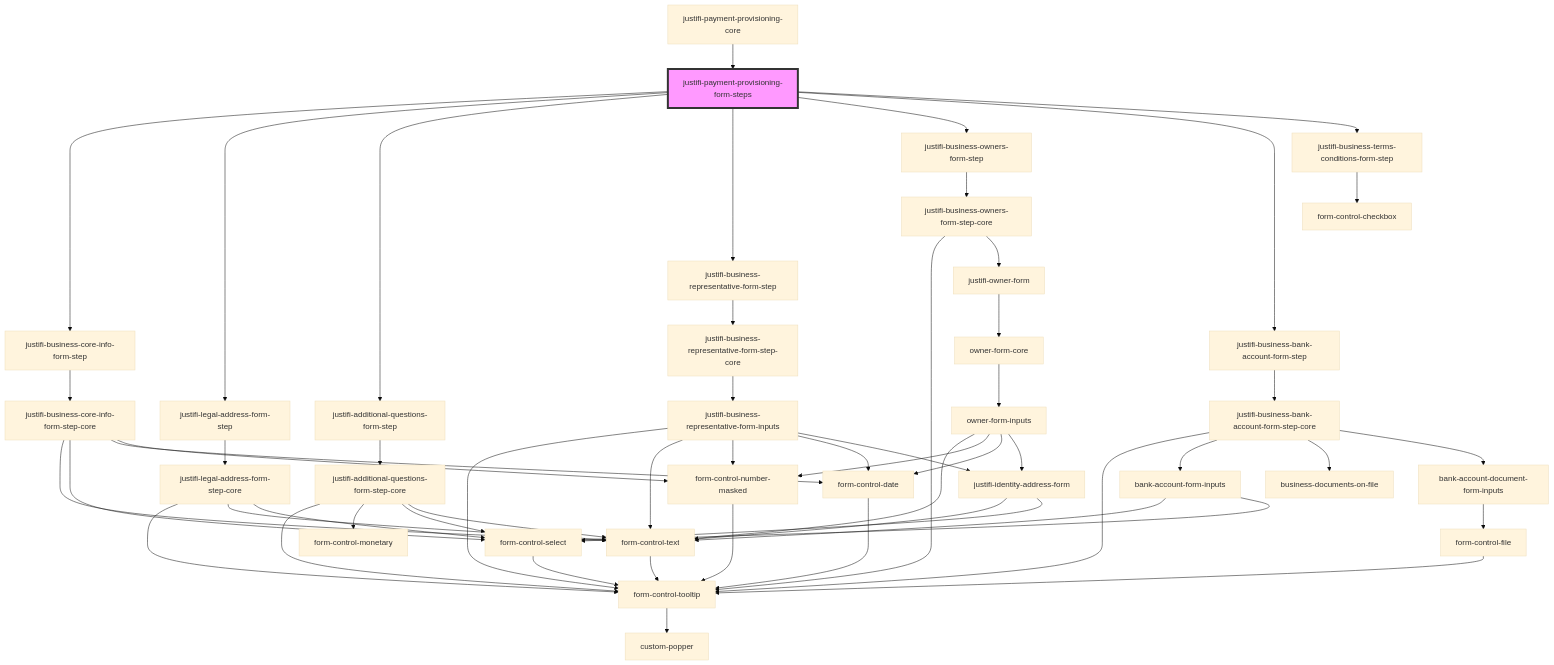
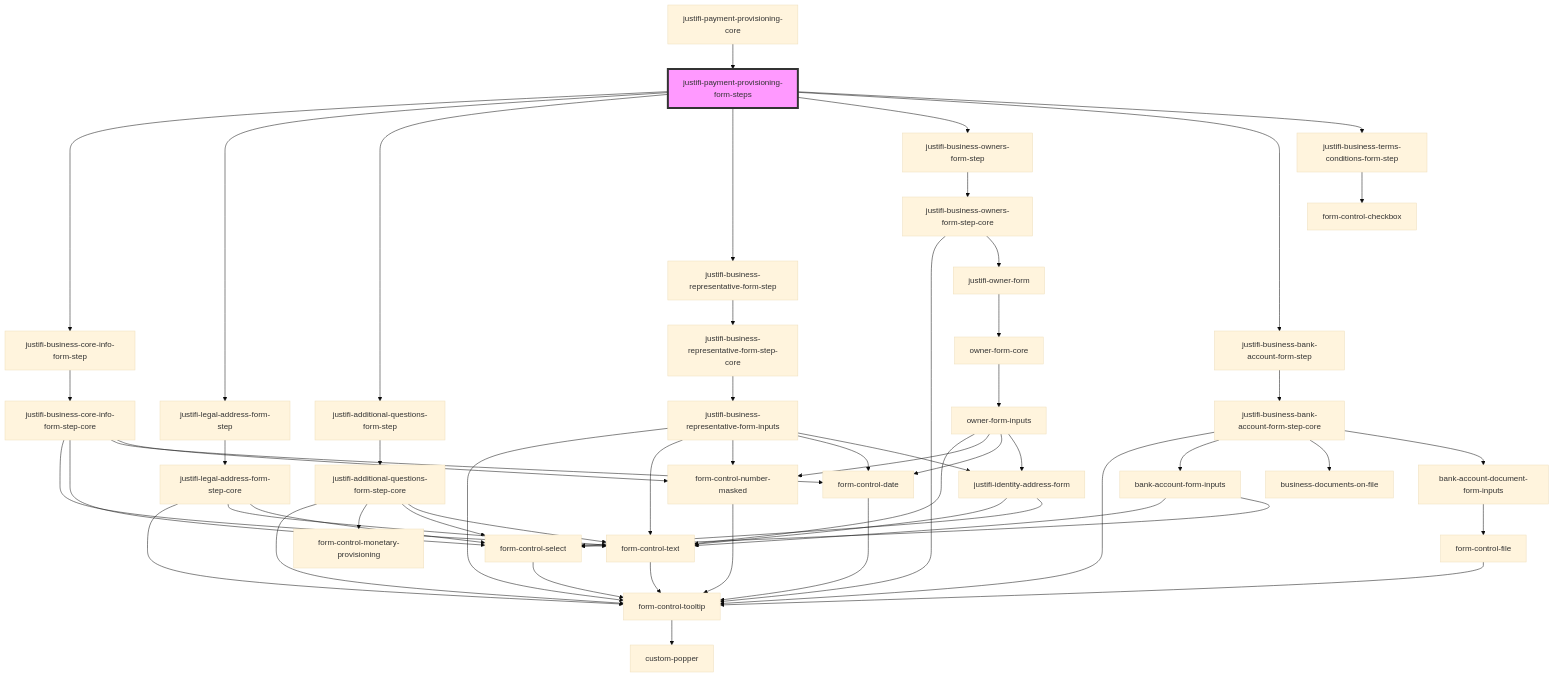
The diagram in packages/webcomponents/src/components/business-forms/payment-provisioning/readme.md (justifi-tech/web-component-library), drawn with Mermaid (base theme) before and after one commit. The commit also changed 5 other files, not shown here.

````diff
--- a/packages/webcomponents/src/components/business-forms/payment-provisioning/readme.md
+++ b/packages/webcomponents/src/components/business-forms/payment-provisioning/readme.md
@@ -35,59 +35,59 @@
 ```mermaid
 graph TD;
   justifi-payment-provisioning-form-steps --> justifi-business-core-info-form-step
   justifi-payment-provisioning-form-steps --> justifi-legal-address-form-step
   justifi-payment-provisioning-form-steps --> justifi-additional-questions-form-step
   justifi-payment-provisioning-form-steps --> justifi-business-representative-form-step
   justifi-payment-provisioning-form-steps --> justifi-business-owners-form-step
   justifi-payment-provisioning-form-steps --> justifi-business-bank-account-form-step
   justifi-payment-provisioning-form-steps --> justifi-business-terms-conditions-form-step
   justifi-business-core-info-form-step --> justifi-business-core-info-form-step-core
   justifi-business-core-info-form-step-core --> form-control-text
   justifi-business-core-info-form-step-core --> form-control-select
   justifi-business-core-info-form-step-core --> form-control-date
   justifi-business-core-info-form-step-core --> form-control-number-masked
   form-control-text --> form-control-tooltip
   form-control-tooltip --> custom-popper
   form-control-select --> form-control-tooltip
   form-control-date --> form-control-tooltip
   form-control-number-masked --> form-control-tooltip
   justifi-legal-address-form-step --> justifi-legal-address-form-step-core
   justifi-legal-address-form-step-core --> form-control-tooltip
   justifi-legal-address-form-step-core --> form-control-text
   justifi-legal-address-form-step-core --> form-control-select
   justifi-additional-questions-form-step --> justifi-additional-questions-form-step-core
   justifi-additional-questions-form-step-core --> form-control-tooltip
-  justifi-additional-questions-form-step-core --> form-control-monetary
+  justifi-additional-questions-form-step-core --> form-control-monetary-provisioning
   justifi-additional-questions-form-step-core --> form-control-select
   justifi-additional-questions-form-step-core --> form-control-text
   justifi-business-representative-form-step --> justifi-business-representative-form-step-core
   justifi-business-representative-form-step-core --> justifi-business-representative-form-inputs
   justifi-business-representative-form-inputs --> form-control-tooltip
   justifi-business-representative-form-inputs --> form-control-text
   justifi-business-representative-form-inputs --> form-control-number-masked
   justifi-business-representative-form-inputs --> form-control-date
   justifi-business-representative-form-inputs --> justifi-identity-address-form
   justifi-identity-address-form --> form-control-text
   justifi-identity-address-form --> form-control-select
   justifi-business-owners-form-step --> justifi-business-owners-form-step-core
   justifi-business-owners-form-step-core --> form-control-tooltip
   justifi-business-owners-form-step-core --> justifi-owner-form
   justifi-owner-form --> owner-form-core
   owner-form-core --> owner-form-inputs
   owner-form-inputs --> form-control-text
   owner-form-inputs --> form-control-number-masked
   owner-form-inputs --> form-control-date
   owner-form-inputs --> justifi-identity-address-form
   justifi-business-bank-account-form-step --> justifi-business-bank-account-form-step-core
   justifi-business-bank-account-form-step-core --> form-control-tooltip
   justifi-business-bank-account-form-step-core --> bank-account-form-inputs
   justifi-business-bank-account-form-step-core --> business-documents-on-file
   justifi-business-bank-account-form-step-core --> bank-account-document-form-inputs
   bank-account-form-inputs --> form-control-text
   bank-account-form-inputs --> form-control-select
   bank-account-document-form-inputs --> form-control-file
   form-control-file --> form-control-tooltip
   justifi-business-terms-conditions-form-step --> form-control-checkbox
   justifi-payment-provisioning-core --> justifi-payment-provisioning-form-steps
   style justifi-payment-provisioning-form-steps fill:#f9f,stroke:#333,stroke-width:4px
 ```
````
